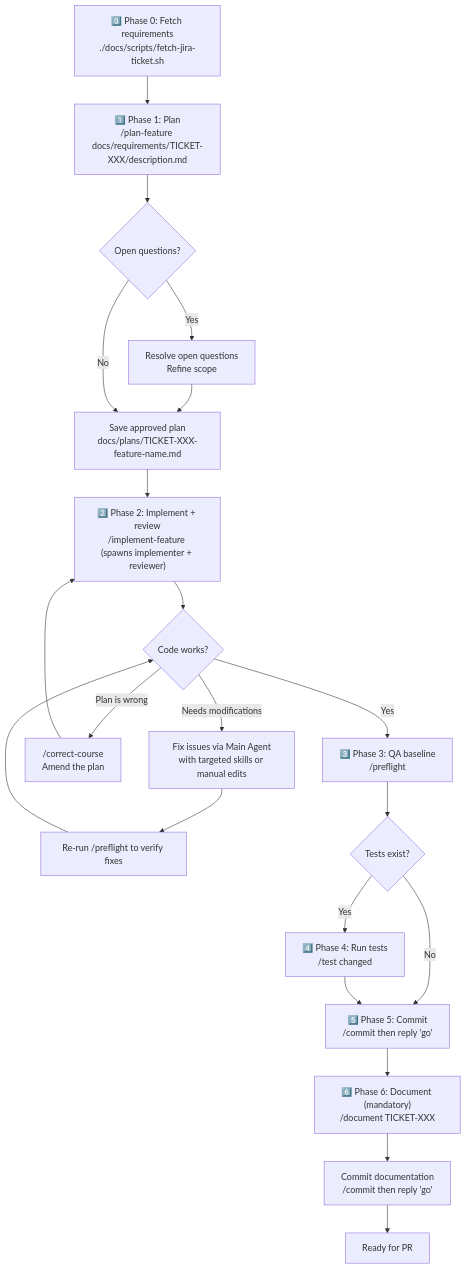
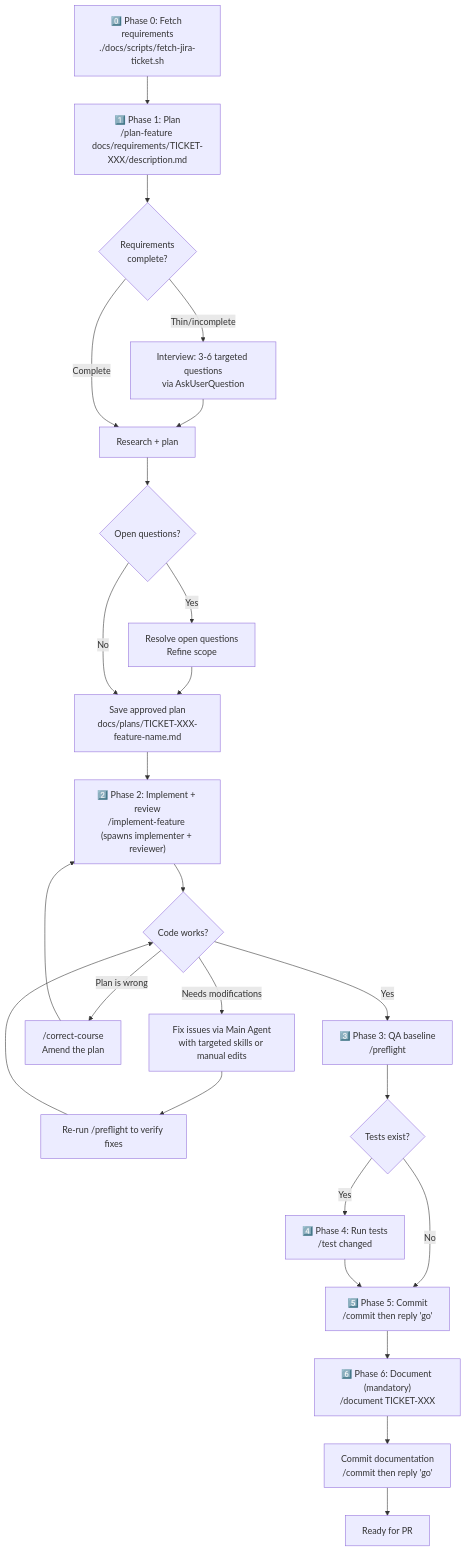
Before and after one commit to damian-demasi-aligent/ai-agent-tool-chain-generic: the diagram in docs/manuals/01-workflows/feature-development.md, drawn with Mermaid. The commit also changed other lines of this file and 3 other files, not shown here.

Commit message:
Add requirements completeness interview phase to /plan-feature

````diff
--- a/docs/manuals/01-workflows/feature-development.md
+++ b/docs/manuals/01-workflows/feature-development.md
@@ -30,23 +30,27 @@
 ```mermaid
 flowchart TD
     Z["0️⃣ Phase 0: Fetch requirements<br/>./docs/scripts/fetch-jira-ticket.sh"] --> A
-    A["1️⃣ Phase 1: Plan<br/>/plan-feature docs/requirements/TICKET-XXX/description.md"] --> B{Open questions?}
+    A["1️⃣ Phase 1: Plan<br/>/plan-feature docs/requirements/TICKET-XXX/description.md"] --> INT{Requirements<br/>complete?}
+    INT -- "Thin/incomplete" --> INTV["Interview: 3-6 targeted questions<br/>via AskUserQuestion"]
+    INTV --> RES[Research + plan]
+    INT -- "Complete" --> RES
+    RES --> B{Open questions?}
     B -- Yes --> C[Resolve open questions<br/>Refine scope]
     C --> D
     B -- No --> D[Save approved plan<br/>docs/plans/TICKET-XXX-feature-name.md]
     D --> E["2️⃣ Phase 2: Implement + review<br/>/implement-feature (spawns implementer + reviewer)"]
     E --> F{Code works?}
     F -- "Needs modifications" --> G[Fix issues via Main Agent<br/>with targeted skills or manual edits]
     F -- "Plan is wrong" --> CC["/correct-course<br/>Amend the plan"]
     CC --> E
     G --> E2["Re-run /preflight to verify fixes"]
     E2 --> F
     F -- Yes --> H["3️⃣ Phase 3: QA baseline<br/>/preflight"]
     H --> I{Tests exist?}
     I -- Yes --> J["4️⃣ Phase 4: Run tests<br/>/test changed"]
     I -- No --> K["5️⃣ Phase 5: Commit<br/>/commit then reply 'go'"]
     J --> K
     K --> L["6️⃣ Phase 6: Document (mandatory)<br/>/document TICKET-XXX"]
     L --> M["Commit documentation<br/>/commit then reply 'go'"]
     M --> N[Ready for PR]
 ```
````
